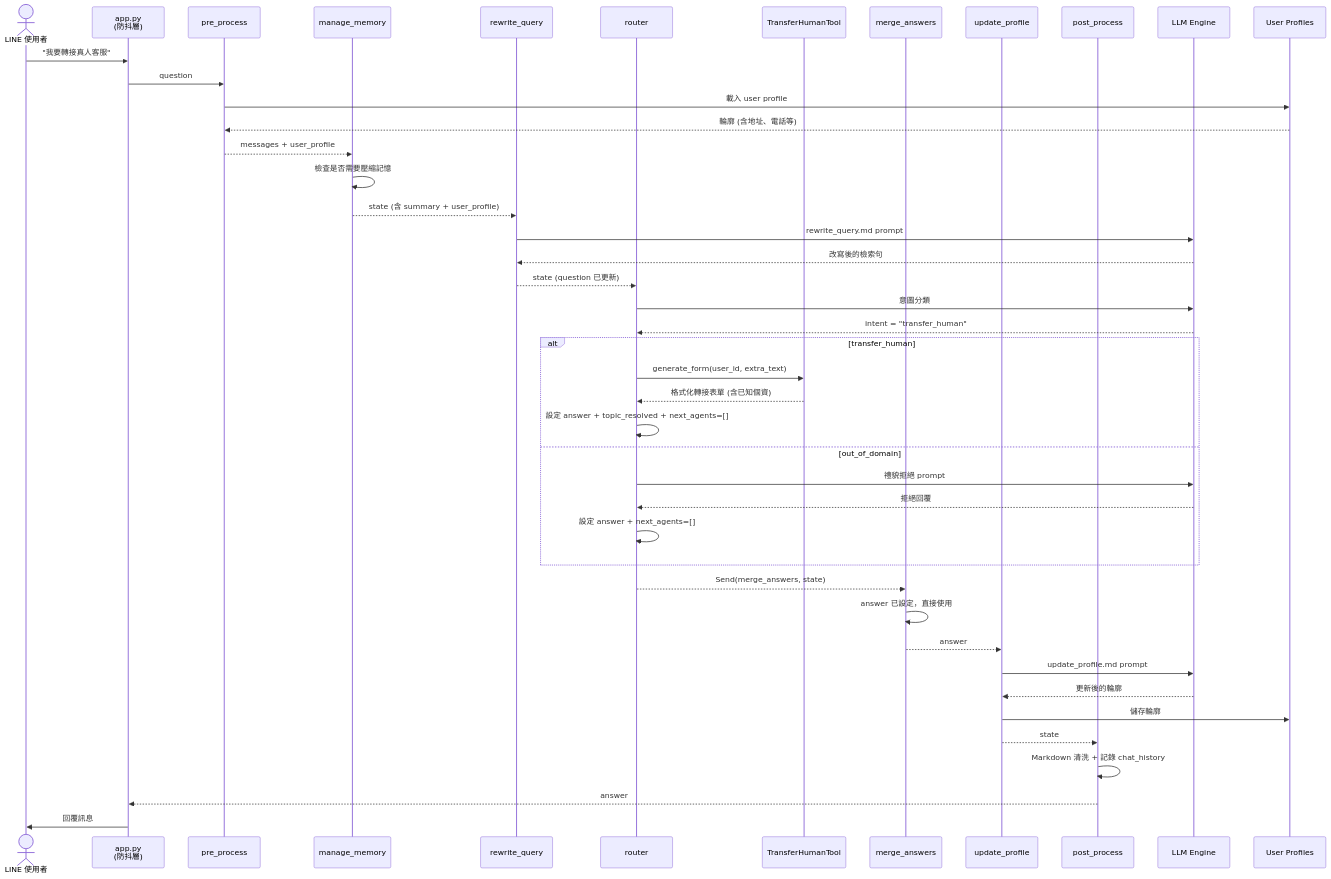
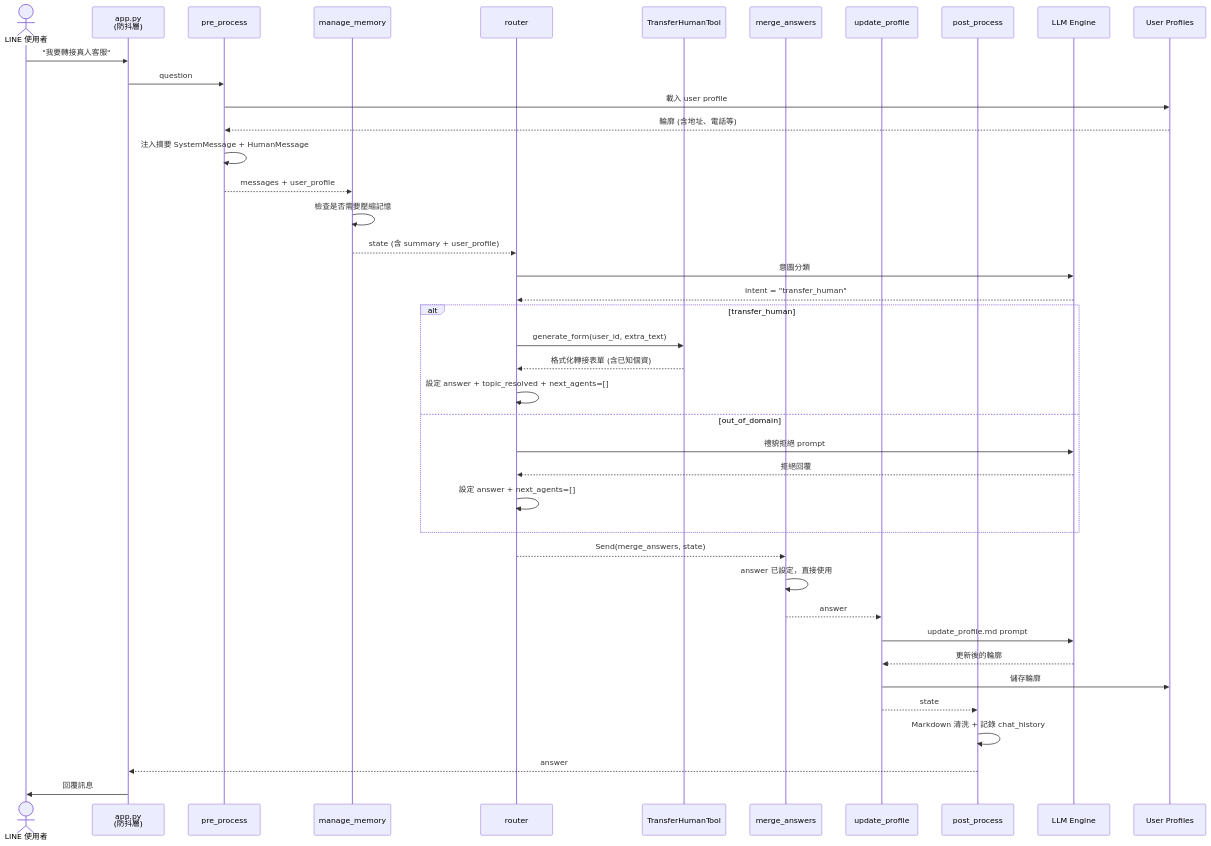
One commit to Imding1211/lock_AI_Agent changed the fourth of 5 diagrams in docs/manuals/系統架構與流程圖.md. Above: the diagram before and after it, drawn with Mermaid. The commit also changed other lines of this file and 5 other files, not shown here.

First line of the commit message:
fix: 修復 pre_process 遺失 HumanMessage 導致 Gemini API "contents are required" 錯誤

````diff
--- a/docs/manuals/系統架構與流程圖.md
+++ b/docs/manuals/系統架構與流程圖.md
@@ -340,54 +333,51 @@
 ```mermaid
 sequenceDiagram
     actor User as LINE 使用者
     participant App as app.py<br/>(防抖層)
     participant PP as pre_process
     participant MM as manage_memory
-    participant RW as rewrite_query
     participant RT as router
     participant TransferTool as TransferHumanTool
     participant MA as merge_answers
     participant UP as update_profile
     participant Post as post_process
     participant LLM as LLM Engine
     participant Profile as User Profiles
 
     User->>App: "我要轉接真人客服"
     App->>PP: question
 
     PP->>Profile: 載入 user profile
     Profile-->>PP: 輪廓 (含地址、電話等)
+    PP->>PP: 注入摘要 SystemMessage + HumanMessage
     PP-->>MM: messages + user_profile
 
     MM->>MM: 檢查是否需要壓縮記憶
-    MM-->>RW: state (含 summary + user_profile)
-    RW->>LLM: rewrite_query.md prompt
-    LLM-->>RW: 改寫後的檢索句
-    RW-->>RT: state (question 已更新)
+    MM-->>RT: state (含 summary + user_profile)
 
     RT->>LLM: 意圖分類
     LLM-->>RT: intent = "transfer_human"
 
     alt transfer_human
         RT->>TransferTool: generate_form(user_id, extra_text)
         TransferTool-->>RT: 格式化轉接表單 (含已知個資)
         RT->>RT: 設定 answer + topic_resolved + next_agents=[]
     else out_of_domain
         RT->>LLM: 禮貌拒絕 prompt
         LLM-->>RT: 拒絕回覆
         RT->>RT: 設定 answer + next_agents=[]
     end
 
     RT-->>MA: Send(merge_answers, state)
     MA->>MA: answer 已設定，直接使用
 
     MA-->>UP: answer
     UP->>LLM: update_profile.md prompt
     LLM-->>UP: 更新後的輪廓
     UP->>Profile: 儲存輪廓
 
     UP-->>Post: state
     Post->>Post: Markdown 清洗 + 記錄 chat_history
     Post-->>App: answer
     App->>User: 回覆訊息
 ```
````
